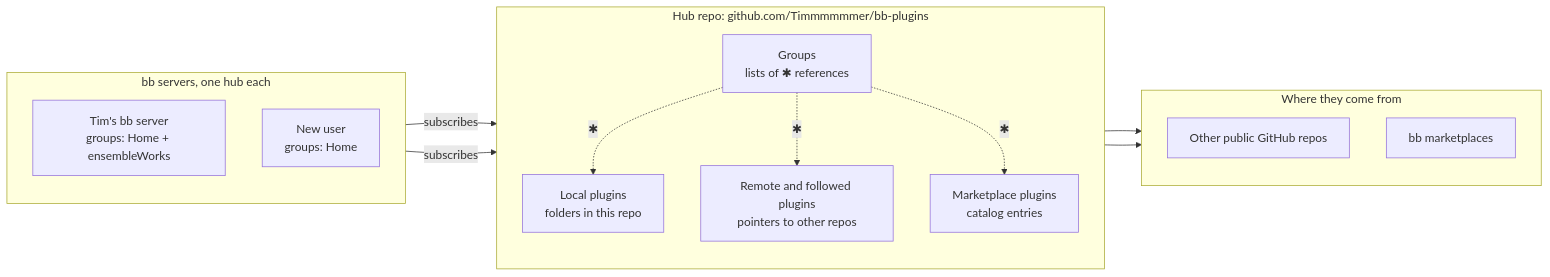
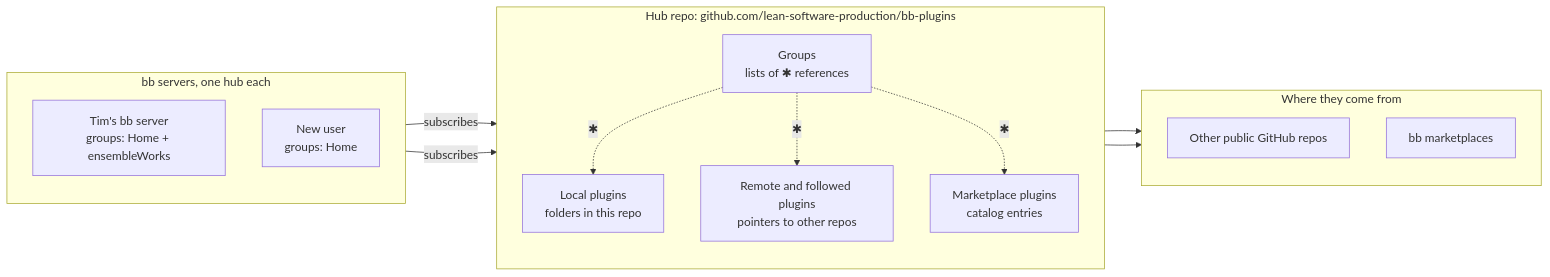
Before and after one commit to Timmmmmmer/bb-plugins: the first of 7 diagrams in ARCHITECTURE.md, drawn with Mermaid. The commit also changed other lines of this file and 7 other files, not shown here.

First line of the commit message:
Hub 2.10.3: the repository now lives at lean-software-production/bb-plugins

````diff
--- a/ARCHITECTURE.md
+++ b/ARCHITECTURE.md
@@ -17,30 +17,30 @@
 ```mermaid
 flowchart LR
   subgraph Machines["bb servers, one hub each"]
     direction TB
     Tim["Tim's bb server<br/>groups: Home + ensembleWorks"]
     New["New user<br/>groups: Home"]
   end
 
-  subgraph Repo["Hub repo: github.com/Timmmmmmer/bb-plugins"]
+  subgraph Repo["Hub repo: github.com/lean-software-production/bb-plugins"]
     direction TB
     Groups["Groups<br/>lists of ✱ references"]
     Local["Local plugins<br/>folders in this repo"]
     Remote["Remote and followed plugins<br/>pointers to other repos"]
     Market["Marketplace plugins<br/>catalog entries"]
   end
 
   subgraph Sources["Where they come from"]
     direction TB
     Other["Other public GitHub repos"]
     BBM["bb marketplaces"]
   end
 
   Tim -- subscribes --> Groups
   New -- subscribes --> Groups
   Groups -. "✱" .-> Local
   Groups -. "✱" .-> Remote
   Groups -. "✱" .-> Market
   Remote --> Other
   Market --> BBM
 ```
````
